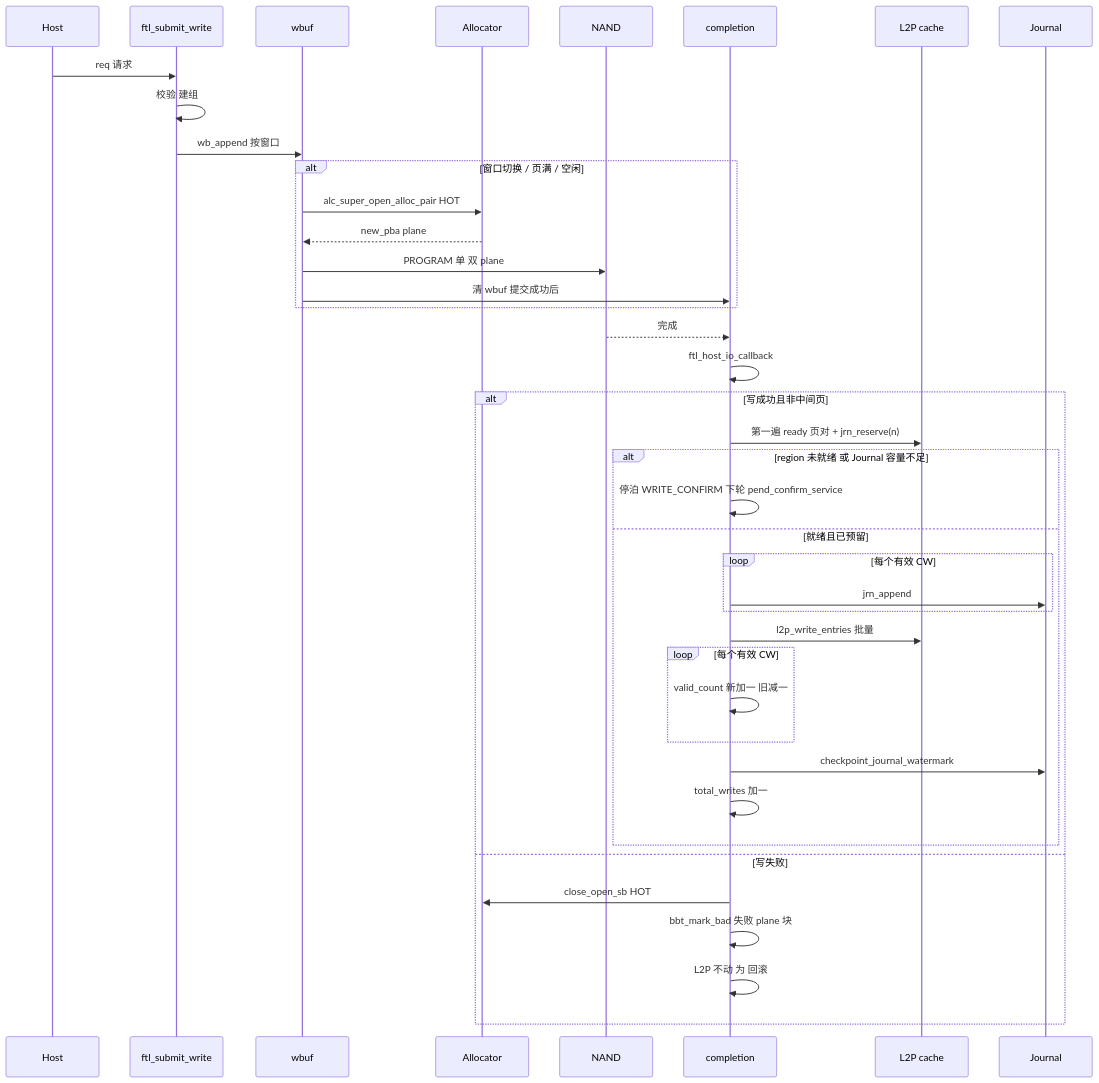
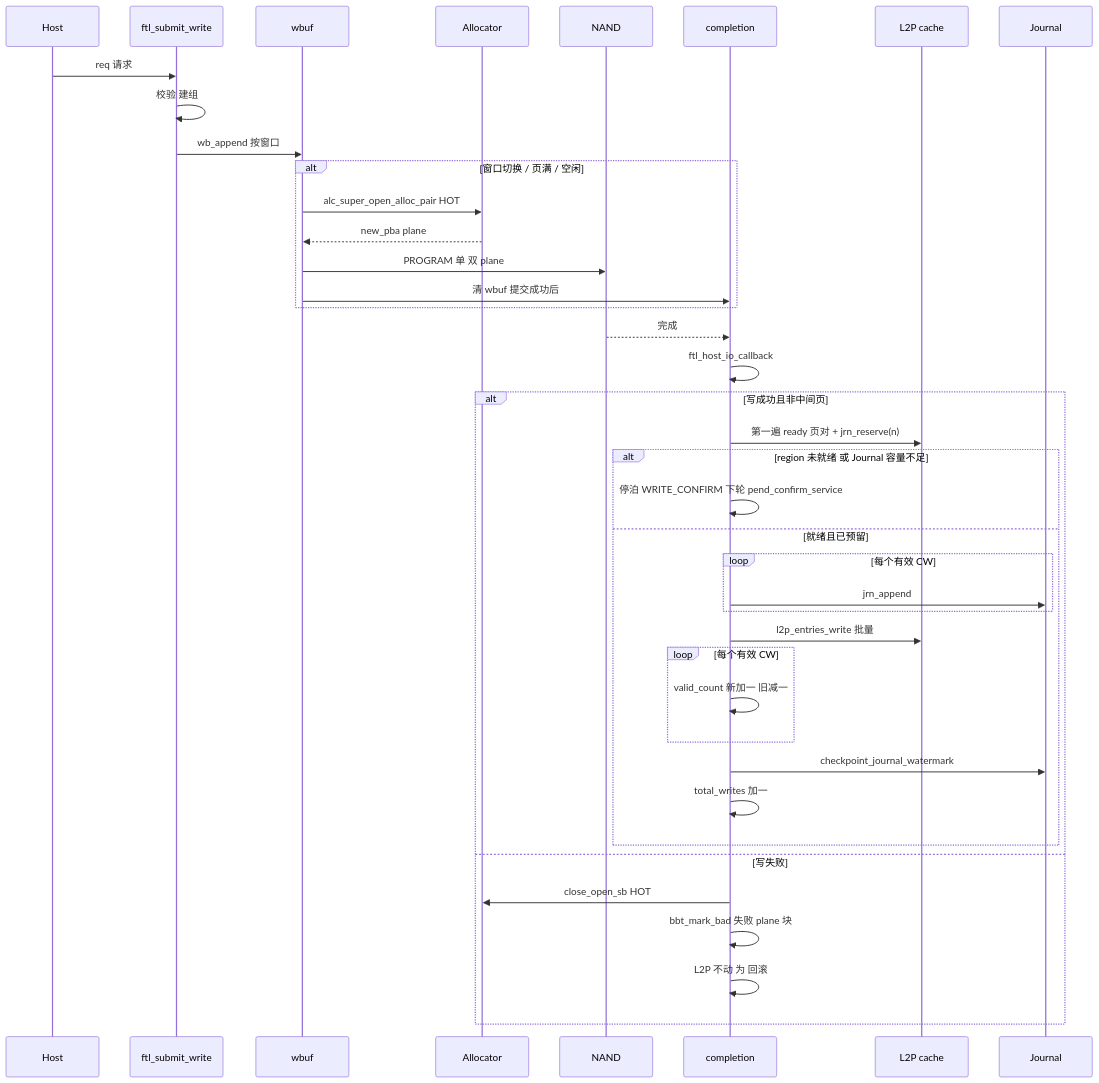
Diagram 27 of 32 in docs/design/ftl_design.md (YzYMIAO/BASESSD), drawn with Mermaid before and after one commit. The commit also changed other lines of this file and 10 other files, not shown here.

````diff
--- a/docs/design/ftl_design.md
+++ b/docs/design/ftl_design.md
@@ -3929,43 +3929,43 @@
 ```mermaid
 sequenceDiagram
     participant H as Host
     participant F as ftl_submit_write
     participant W as wbuf
     participant A as Allocator
     participant N as NAND
     participant C as completion
     participant L as L2P cache
     participant J as Journal
 
     H->>F: req 请求
     F->>F: 校验 建组
     F->>W: wb_append 按窗口
     alt 窗口切换 / 页满 / 空闲
         W->>A: alc_super_open_alloc_pair HOT
         A-->>W: new_pba plane
         W->>N: PROGRAM 单 双 plane
         W->>C: 清 wbuf 提交成功后
     end
     N-->>C: 完成
     C->>C: ftl_host_io_callback
     alt 写成功且非中间页
         C->>L: 第一遍 ready 页对 + jrn_reserve(n)
         alt region 未就绪 或 Journal 容量不足
             C->>C: 停泊 WRITE_CONFIRM 下轮 pend_confirm_service
         else 就绪且已预留
             loop 每个有效 CW
                 C->>J: jrn_append
             end
-            C->>L: l2p_write_entries 批量
+            C->>L: l2p_entries_write 批量
             loop 每个有效 CW
                 C->>C: valid_count 新加一 旧减一
             end
             C->>J: checkpoint_journal_watermark
             C->>C: total_writes 加一
         end
     else 写失败
         C->>A: close_open_sb HOT
         C->>C: bbt_mark_bad 失败 plane 块
         C->>C: L2P 不动 为 回滚
     end
 ```
````
